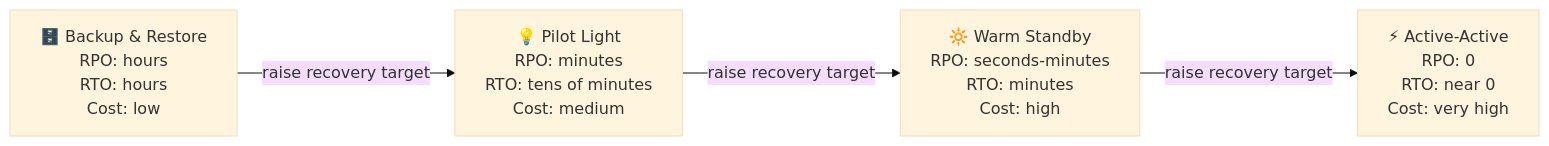
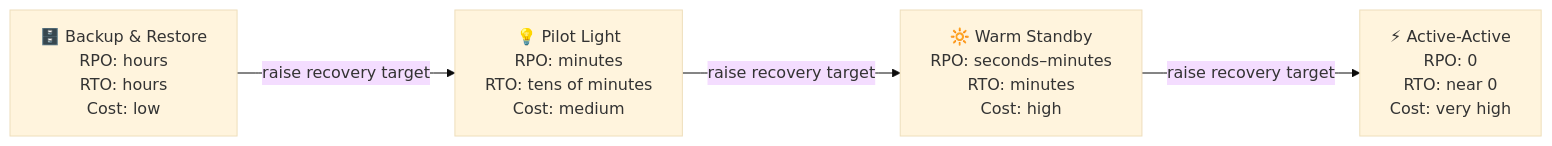
One commit to cloudpickr/cloudpick-docs changed the diagram in src/content/docs/en/governance/dr.md. Above: the diagram before and after it, drawn with Mermaid (base theme). The commit also changed 6 other files, not shown here.

````diff
--- a/src/content/docs/en/governance/dr.md
+++ b/src/content/docs/en/governance/dr.md
@@ -81,9 +81,9 @@
 ```mermaid
 graph LR
     A["🗄️ Backup & Restore<br/>RPO: hours<br/>RTO: hours<br/>Cost: low"]
     B["💡 Pilot Light<br/>RPO: minutes<br/>RTO: tens of minutes<br/>Cost: medium"]
-    C["🔆 Warm Standby<br/>RPO: seconds-minutes<br/>RTO: minutes<br/>Cost: high"]
+    C["🔆 Warm Standby<br/>RPO: seconds–minutes<br/>RTO: minutes<br/>Cost: high"]
     D["⚡ Active-Active<br/>RPO: 0<br/>RTO: near 0<br/>Cost: very high"]
 
     A -->|raise recovery target| B -->|raise recovery target| C -->|raise recovery target| D
 ```
````
